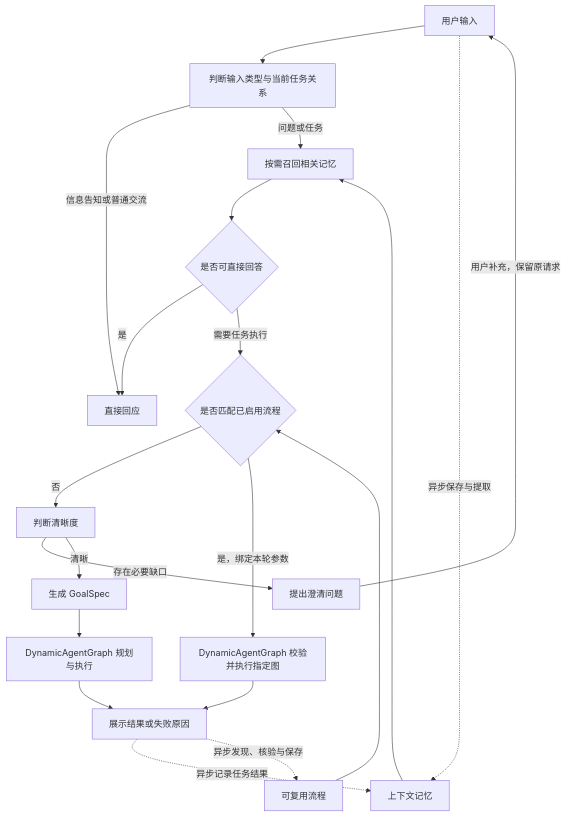
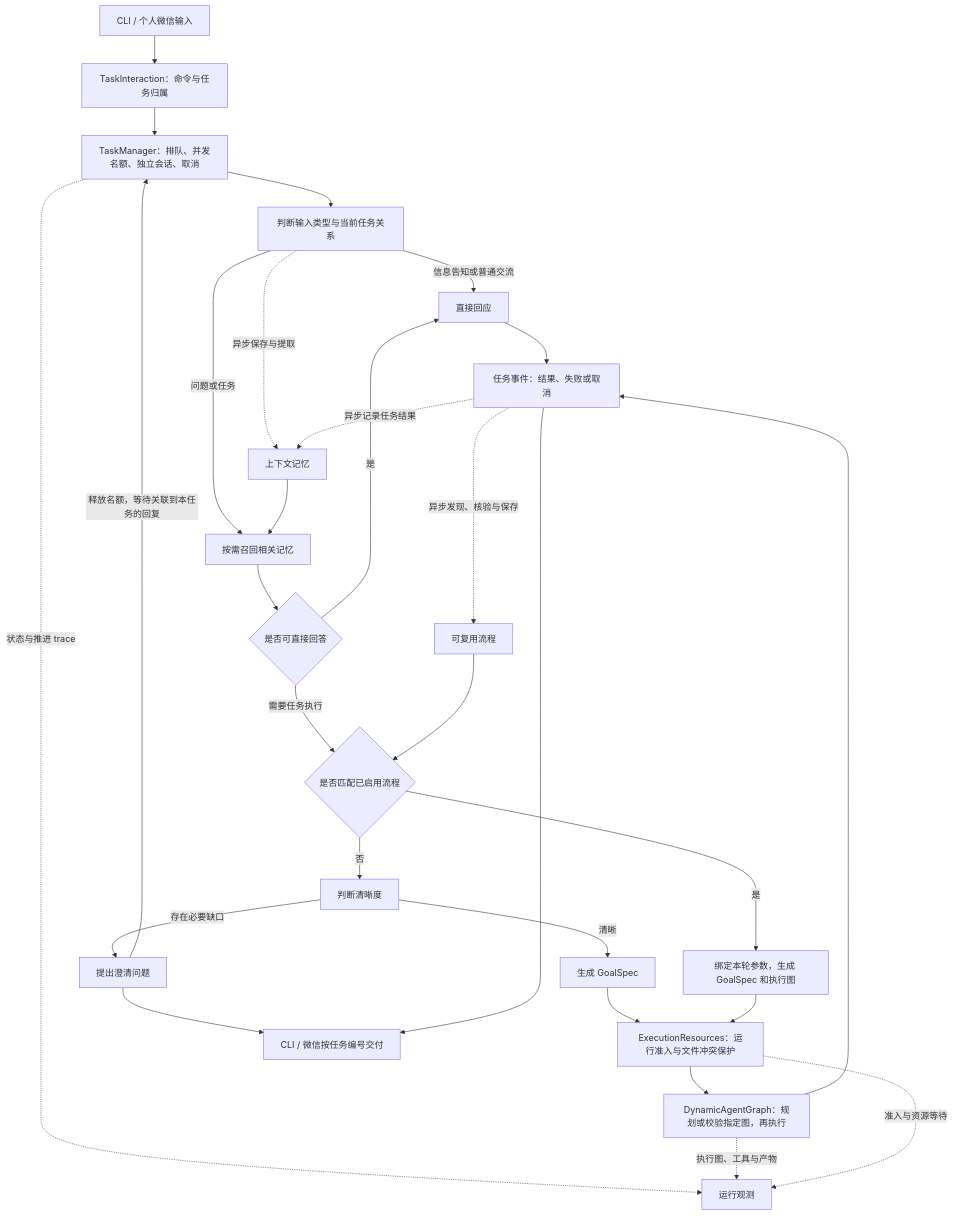
The diagram in README_cn.md (DavidLiuXh/Karen), drawn with Mermaid before and after one commit. The commit also changed other lines of this file and 1 other file, not shown here.

Commit message:
docs: update bilingual architecture for concurrent task execution

````diff
--- a/README_cn.md
+++ b/README_cn.md
@@ -39,22 +40,31 @@
 ```mermaid
 flowchart TD
-    U[用户输入] --> R[判断输入类型与当前任务关系]
+    U[CLI / 个人微信输入] --> I[TaskInteraction：命令与任务归属]
+    I --> T[TaskManager：排队、并发名额、独立会话、取消]
+    T --> R[判断输入类型与当前任务关系]
     R -->|信息告知或普通交流| A[直接回应]
     R -->|问题或任务| M[按需召回相关记忆]
     M --> D{是否可直接回答}
     D -->|是| A
     D -->|需要任务执行| W{是否匹配已启用流程}
     W -->|否| C[判断清晰度]
-    W -->|是，绑定本轮参数| X[DynamicAgentGraph 校验并执行指定图]
-    X --> O
     C -->|存在必要缺口| Q[提出澄清问题]
-    Q -->|用户补充，保留原请求| U
+    Q -->|释放名额，等待关联到本任务的回复| T
     C -->|清晰| G[生成 GoalSpec]
-    G --> E[DynamicAgentGraph 规划与执行]
-    E --> O[展示结果或失败原因]
-    U -. 异步保存与提取 .-> K[上下文记忆]
+    W -->|是| B[绑定本轮参数，生成 GoalSpec 和执行图]
+    G --> L[ExecutionResources：运行准入与文件冲突保护]
+    B --> L
+    L --> E[DynamicAgentGraph：规划或校验指定图，再执行]
+    E --> O[任务事件：结果、失败或取消]
+    A --> O
+    Q --> V[CLI / 微信按任务编号交付]
+    O --> V
+    R -. 异步保存与提取 .-> K[上下文记忆]
     O -. 异步记录任务结果 .-> K
+    K --> M
     O -. 异步发现、核验与保存 .-> F[可复用流程]
     F --> W
-    K --> M
+    T -. 状态与推进 trace .-> Z[运行观测]
+    E -. 执行图、工具与产物 .-> Z
+    L -. 准入与资源等待 .-> Z
 ```
````
